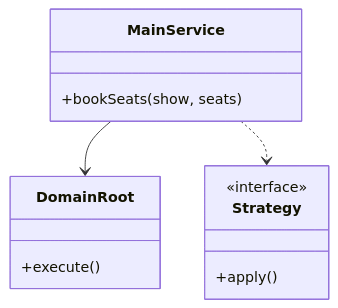
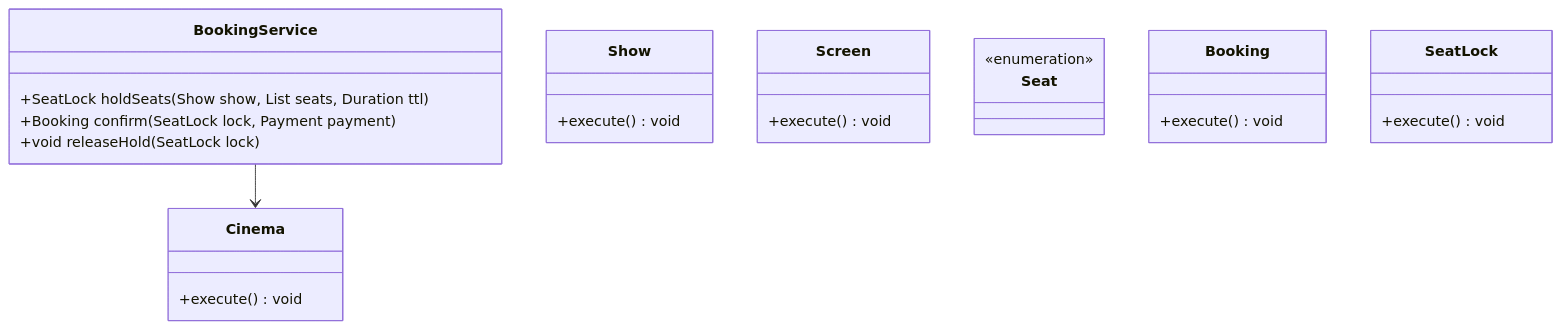
One commit to madhupaila/Interview-Prep-SSE changed the first of 3 diagrams in Learn/System Design - Low Level Design/02-classic-ood/questions/Q19-movie-ticket-booking.md. Above: the diagram before and after it, drawn with Mermaid. The commit also changed other lines of this file and 491 other files, not shown here.

````diff
--- a/Learn/System Design - Low Level Design/02-classic-ood/questions/Q19-movie-ticket-booking.md
+++ b/Learn/System Design - Low Level Design/02-classic-ood/questions/Q19-movie-ticket-booking.md
@@ -75,15 +93,27 @@
 ```mermaid
 classDiagram
-    class MainService {
-        +bookSeats(show, seats)
+    class BookingService {
+        +SeatLock holdSeats(Show show, List<Seat> seats, Duration ttl)
+        +Booking confirm(SeatLock lock, Payment payment)
+        +void releaseHold(SeatLock lock)
     }
-    class DomainRoot {
-        +execute()
+    class Cinema {
+        +execute() void
     }
-    class Strategy {
-        <<interface>>
-        +apply()
+    class Show {
+        +execute() void
     }
-    MainService --> DomainRoot
-    MainService ..> Strategy
+    class Screen {
+        +execute() void
+    }
+    class Seat {
+        <<enumeration>>
+    }
+    class Booking {
+        +execute() void
+    }
+    class SeatLock {
+        +execute() void
+    }
+    BookingService --> Cinema
 ```
````
